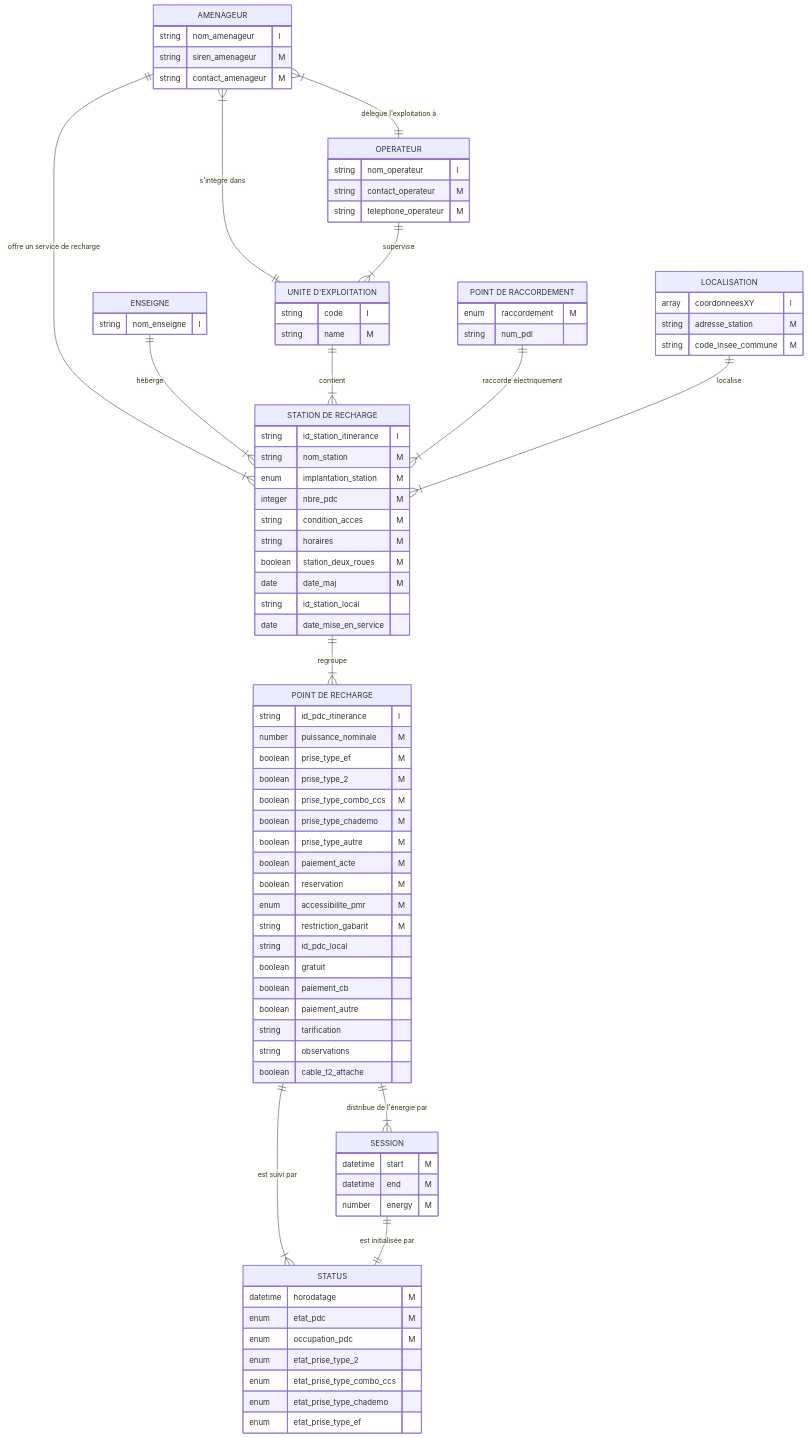
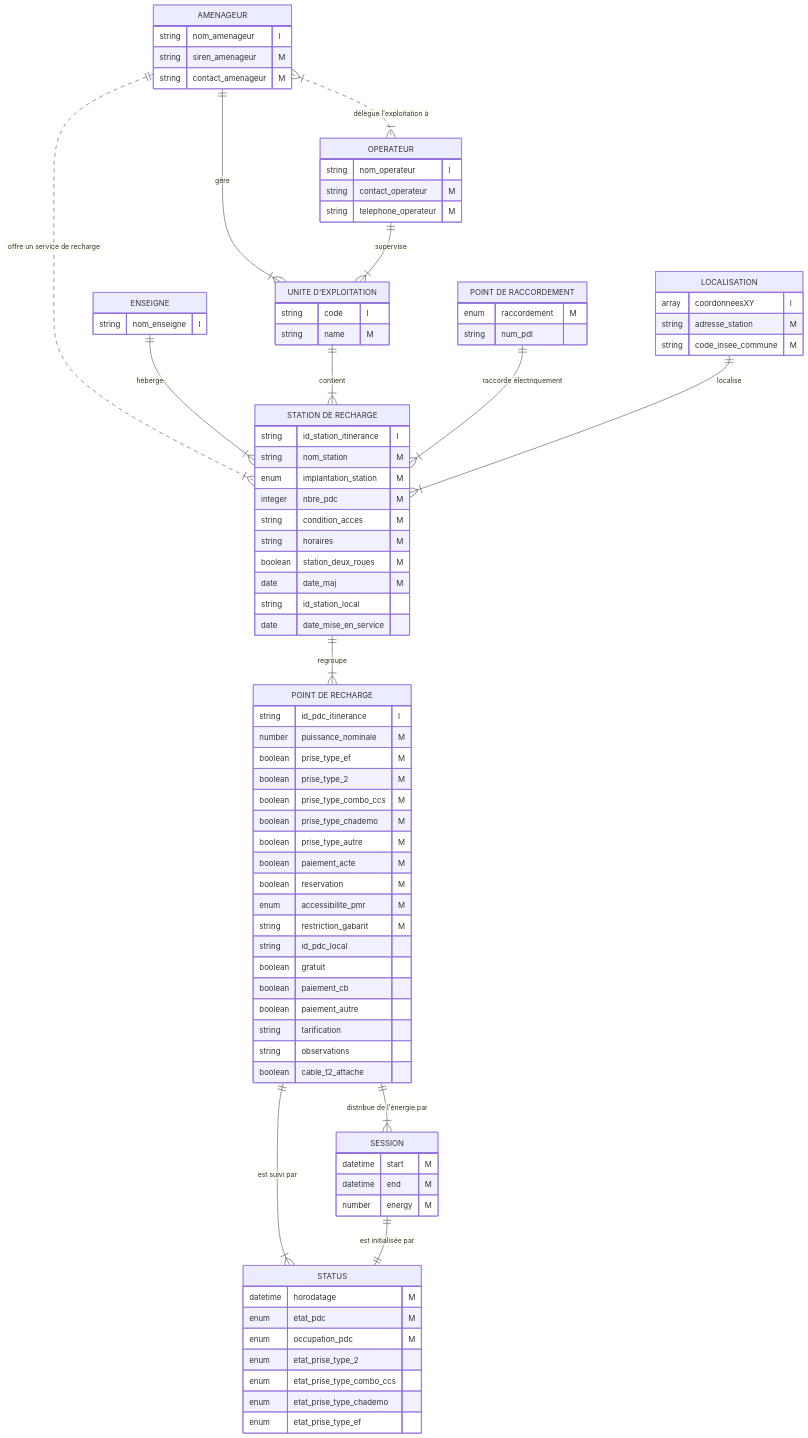
One commit to MTES-MCT/qualicharge changed diagram 17 of 17 in docs/modele.md. Above: the diagram before and after it, drawn with Mermaid. The commit also changed other lines of this file, not shown here.

Commit message:
règle d'affectation des unités d'exploitation

```diff
--- a/docs/modele.md
+++ b/docs/modele.md
@@ -558,11 +560,11 @@
     enum     etat_prise_type_chademo
     enum     etat_prise_type_ef
   }
-  AMENAGEUR ||--|{ "STATION DE RECHARGE" : "offre un service de recharge"
-  AMENAGEUR |{--|| "UNITE D'EXPLOITATION" : "s'intègre dans"
+  AMENAGEUR ||..|{ "STATION DE RECHARGE" : "offre un service de recharge"
+  AMENAGEUR ||--|{ "UNITE D'EXPLOITATION" : "gère"
   ENSEIGNE ||--|{ "STATION DE RECHARGE": "héberge"
   OPERATEUR ||--|{ "UNITE D'EXPLOITATION": "supervise"
-  AMENAGEUR |{--|| OPERATEUR: "délègue l'exploitation à"
+  AMENAGEUR |{..|{ OPERATEUR: "délègue l'exploitation à"
   "UNITE D'EXPLOITATION" ||--|{ "STATION DE RECHARGE": "contient"
   "POINT DE RACCORDEMENT" ||--|{ "STATION DE RECHARGE" : "raccorde électriquement"
   LOCALISATION ||--|{ "STATION DE RECHARGE": "localise"
```
